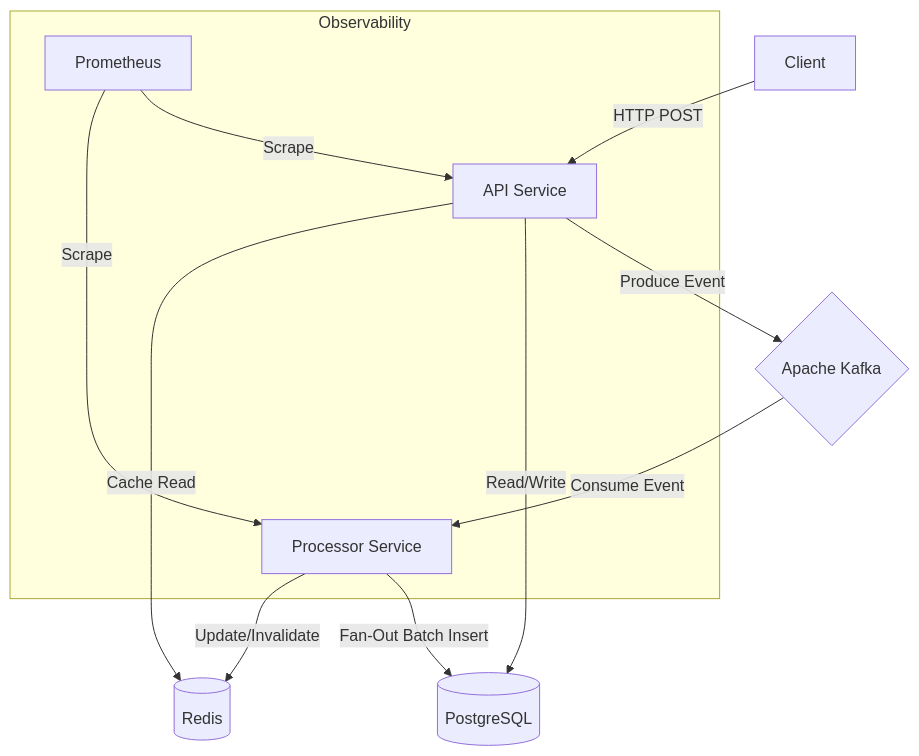
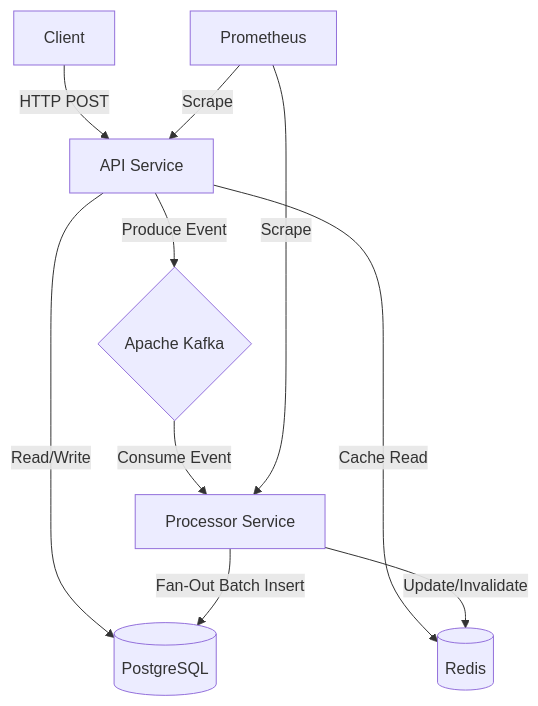
One commit to its-me-ojas/event-feed-processor changed the diagram in README.md. Above: the diagram before and after it, drawn with Mermaid.

Commit message:
fix: adjust mermaid diagram layout

````diff
--- a/README.md
+++ b/README.md
@@ -51,16 +51,14 @@
 ```mermaid
 graph TD
     User[Client] -->|HTTP POST| API[API Service]
     API -->|Produce Event| Kafka{Apache Kafka}
     API -->|Read/Write| DB[(PostgreSQL)]
     API -->|Cache Read| Redis[(Redis)]
     
     Kafka -->|Consume Event| Proc[Processor Service]
     Proc -->|Fan-Out Batch Insert| DB
     Proc -->|Update/Invalidate| Redis
     
-    subgraph Observability
-        Prometheus -->|Scrape| API
-        Prometheus -->|Scrape| Proc
-    end
+    Prometheus -->|Scrape| API
+    Prometheus -->|Scrape| Proc
 ```
````
